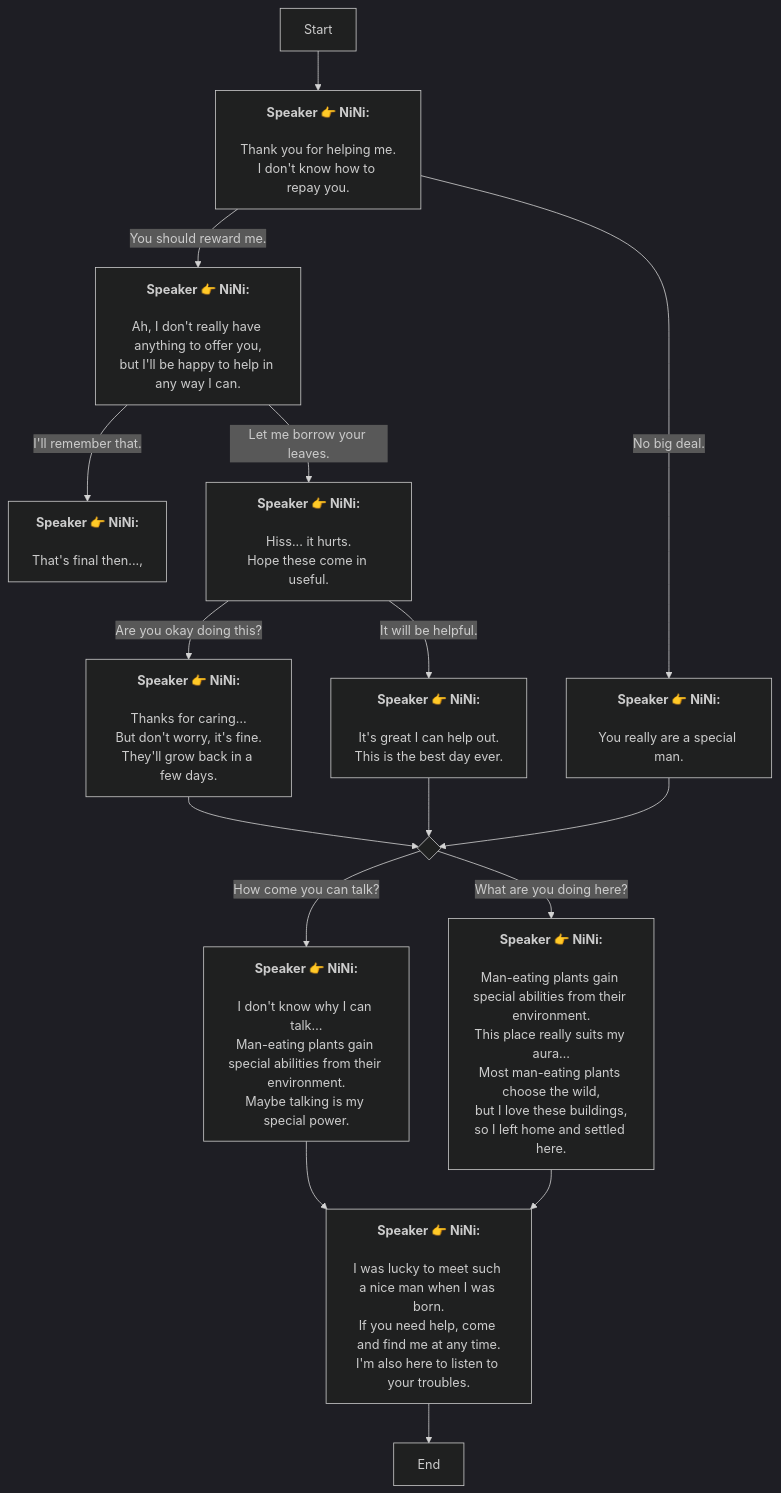
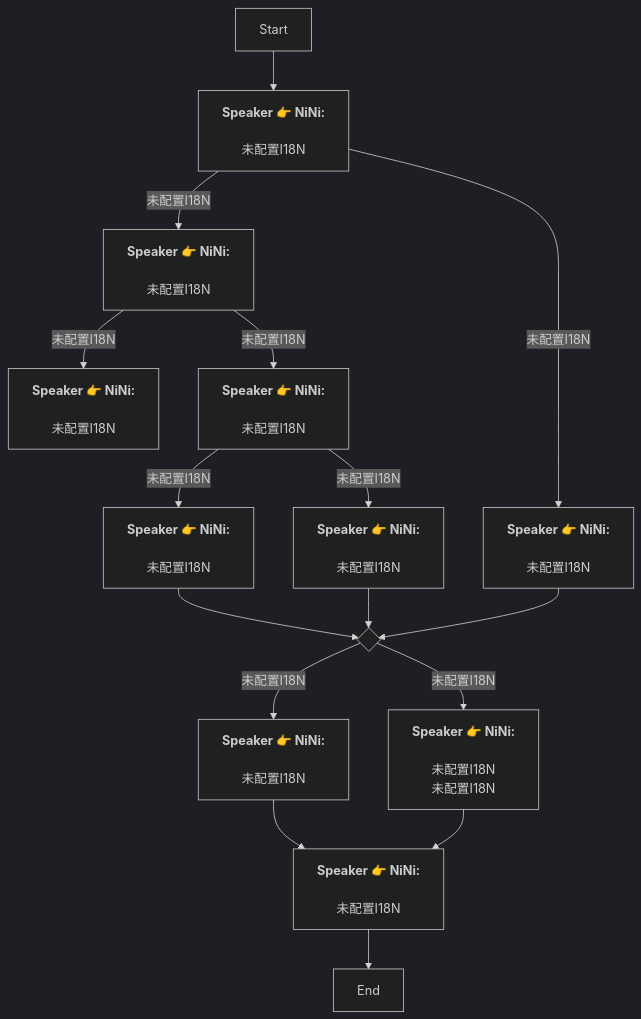
One commit to SoftHu/tos_avg changed the diagram in En/AddDialogNode_1734737532776592.md. Above: the diagram before and after it, drawn with Mermaid (dark theme). The commit also changed 730 other files, not shown here.

````diff
--- a/En/AddDialogNode_1734737532776592.md
+++ b/En/AddDialogNode_1734737532776592.md
@@ -1,45 +1,30 @@
 ```mermaid
 graph
 Start -->1734737947222163[<b>Speaker 👉 NiNi:</b>
-\nThank you for helping me.
-I don't know how to repay you.]
-1734737947222163 -->|No big deal.|1734738230151322[<b>Speaker 👉 NiNi:</b>
-\nYou really are a special man.]
-1734737947222163 -->|You should reward me.|1734738232433819[<b>Speaker 👉 NiNi:</b>
-\nAh, I don't really have anything to offer you,
-but I'll be happy to help in any way I can.]
-1734738232433819 -->|I'll remember that.|1734738819357858[<b>Speaker 👉 NiNi:</b>
-\nThat's final then...,]
-1734738232433819 -->|Let me borrow your leaves.|1734738888408228[<b>Speaker 👉 NiNi:</b>
-\nHiss... it hurts.
-Hope these come in useful.]
-433684762183722 -->|What are you doing here?|1734739265763508[<b>Speaker 👉 NiNi:</b>
-\nMan-eating plants gain special abilities from their environment.
-This place really suits my aura…\nMost man-eating plants choose the wild,
-but I love these buildings,
-so I left home and settled here.]
-433684762183722 -->|How come you can talk?|1734739259156659[<b>Speaker 👉 NiNi:</b>
-\nI don't know why I can talk…
-Man-eating plants gain special abilities from their environment.
-Maybe talking is my special power.]
-1734738888408228 -->|It will be helpful.|1734739142748331[<b>Speaker 👉 NiNi:</b>
-\nIt's great I can help out.
-This is the best day ever.]
-1734738888408228 -->|Are you okay doing this?|1734739048734890[<b>Speaker 👉 NiNi:</b>
-\nThanks for caring…
-But don't worry, it's fine.
-They'll grow back in a few days.]
+\n未配置I18N]
+1734737947222163 -->|未配置I18N|1734738230151322[<b>Speaker 👉 NiNi:</b>
+\n未配置I18N]
+1734737947222163 -->|未配置I18N|1734738232433819[<b>Speaker 👉 NiNi:</b>
+\n未配置I18N]
+1734738232433819 -->|未配置I18N|1734738819357858[<b>Speaker 👉 NiNi:</b>
+\n未配置I18N]
+1734738232433819 -->|未配置I18N|1734738888408228[<b>Speaker 👉 NiNi:</b>
+\n未配置I18N]
+433684762183722 -->|未配置I18N|1734739265763508[<b>Speaker 👉 NiNi:</b>
+\n未配置I18N\n未配置I18N]
+433684762183722 -->|未配置I18N|1734739259156659[<b>Speaker 👉 NiNi:</b>
+\n未配置I18N]
+1734738888408228 -->|未配置I18N|1734739142748331[<b>Speaker 👉 NiNi:</b>
+\n未配置I18N]
+1734738888408228 -->|未配置I18N|1734739048734890[<b>Speaker 👉 NiNi:</b>
+\n未配置I18N]
 1734739048734890 -->433684762183722{ }
 1734739259156659 -->1734739954331835[<b>Speaker 👉 NiNi:</b>
-\nI was lucky to meet such a nice man when I was born.
-If you need help, come and find me at any time.
-I'm also here to listen to your troubles.]
+\n未配置I18N]
 1734739954331835 -->1734740014229692[End]
 1734739265763508 -->1734739954331835[<b>Speaker 👉 NiNi:</b>
-\nI was lucky to meet such a nice man when I was born.
-If you need help, come and find me at any time.
-I'm also here to listen to your troubles.]
+\n未配置I18N]
 1734739142748331 -->433684762183722{ }
 1734738230151322 -->433684762183722{ }
 
 ```
````
